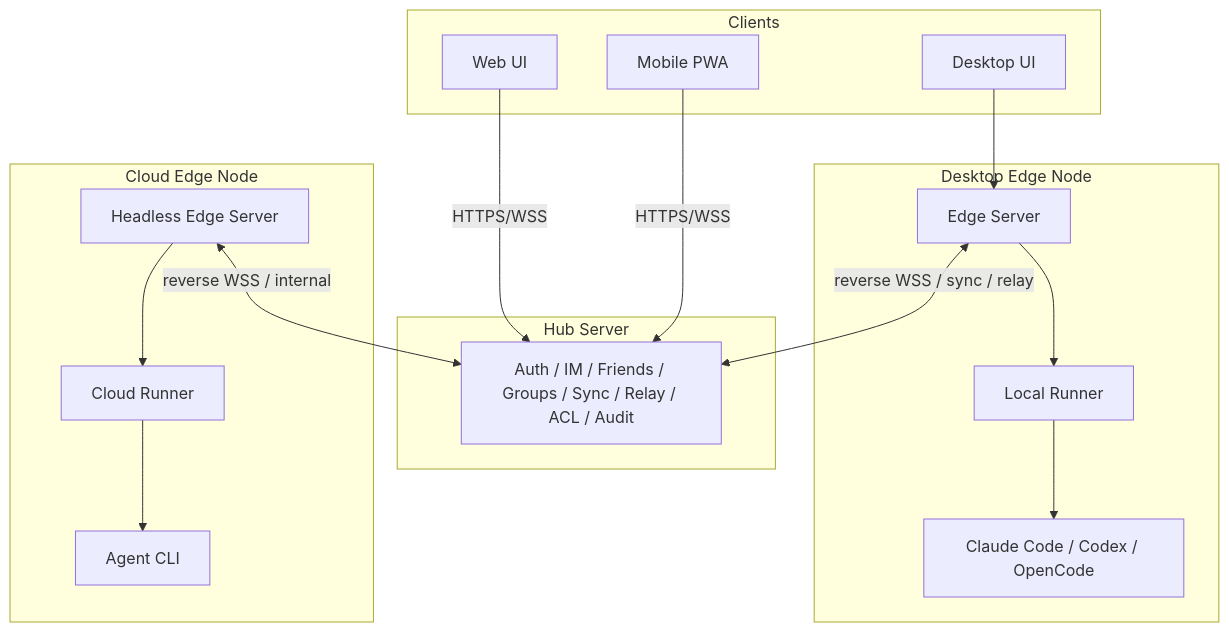
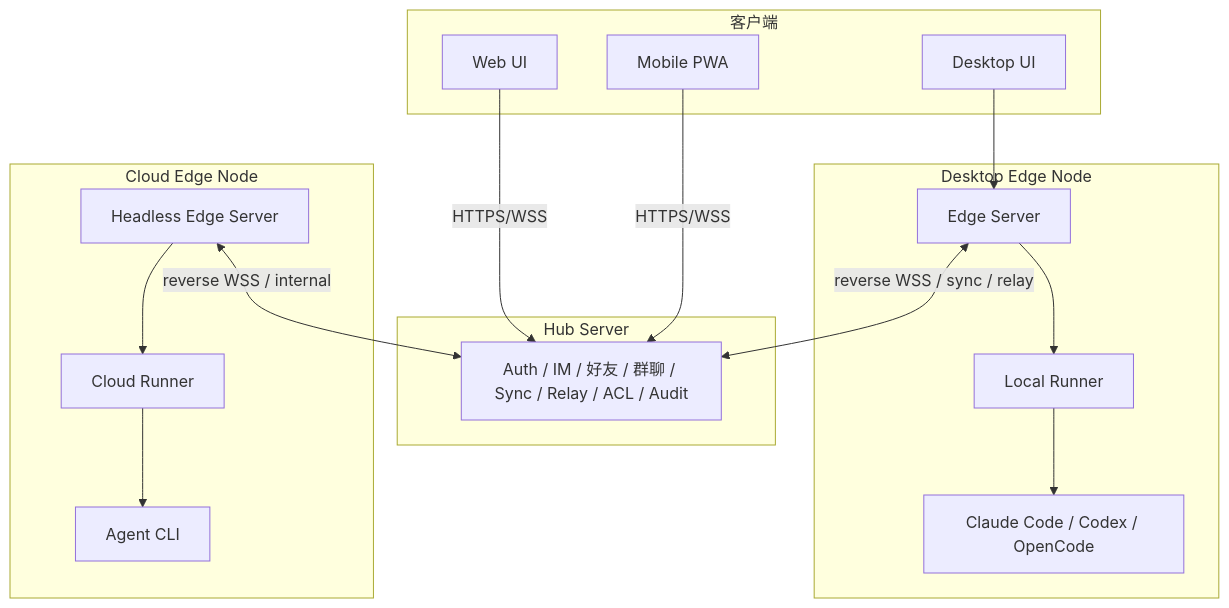
Before and after one commit to TokenDanceLab/AgentHub: the diagram in docs/topology.md, drawn with Mermaid. The commit also changed other lines of this file and 49 other files, not shown here.

````diff
--- a/docs/topology.md
+++ b/docs/topology.md
@@ -33,31 +33,31 @@
 ```mermaid
 graph TB
-    subgraph Clients["Clients"]
+    subgraph Clients["客户端"]
         DesktopUI["Desktop UI"]
         WebUI["Web UI"]
         MobileUI["Mobile PWA"]
     end
 
     subgraph HubPlane["Hub Server"]
-        Hub["Auth / IM / Friends / Groups / Sync / Relay / ACL / Audit"]
+        Hub["Auth / IM / 好友 / 群聊 / Sync / Relay / ACL / Audit"]
     end
 
     subgraph DesktopNode["Desktop Edge Node"]
         DEdge["Edge Server"]
         DRunner["Local Runner"]
         DCLI["Claude Code / Codex / OpenCode"]
         DesktopUI --> DEdge --> DRunner --> DCLI
     end
 
     subgraph CloudNode["Cloud Edge Node"]
         CEdge["Headless Edge Server"]
         CRunner["Cloud Runner"]
         CCLI["Agent CLI"]
         CEdge --> CRunner --> CCLI
     end
 
     WebUI -->|"HTTPS/WSS"| Hub
     MobileUI -->|"HTTPS/WSS"| Hub
     DEdge <-->|"reverse WSS / sync / relay"| Hub
     CEdge <-->|"reverse WSS / internal"| Hub
 ```
````
